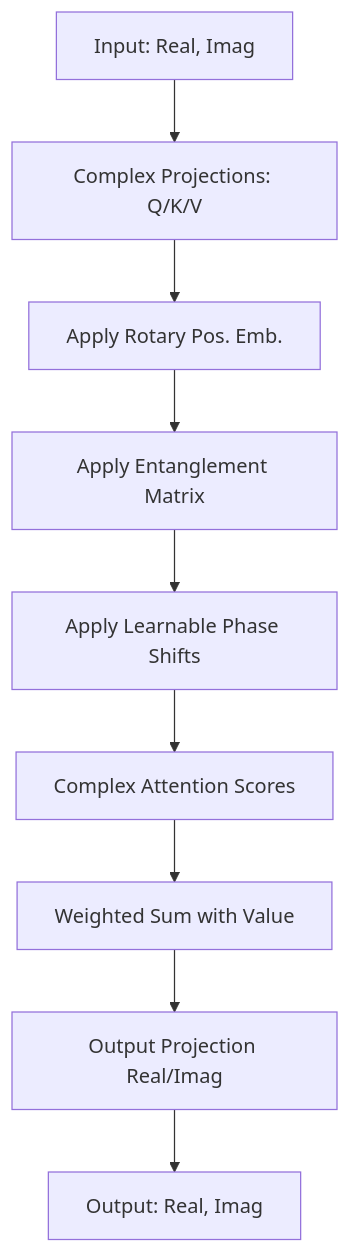
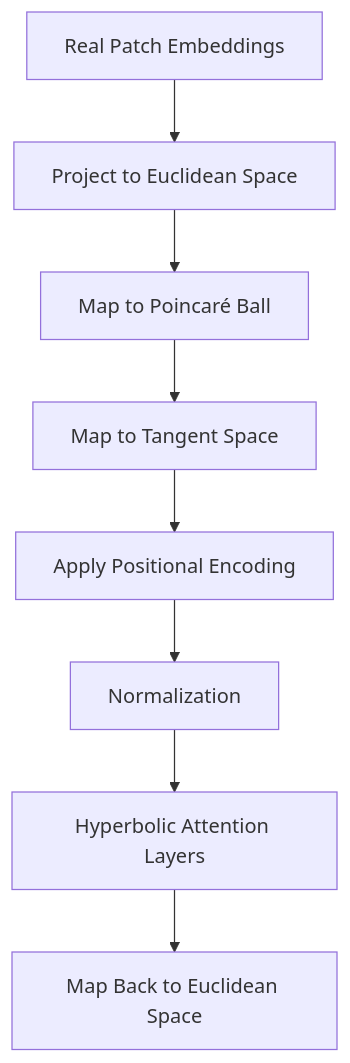
One commit to waefrebeorn/bytropix changed the fourth of 7 diagrams in README.md. Above: the diagram before and after it, drawn with Mermaid. The commit also changed other lines of this file and 9 other files, not shown here.

````diff
--- a/README.md
+++ b/README.md
@@ -72,11 +76,10 @@
 ```mermaid
 graph TD;
-    A[Input: Real, Imag]-->B[Complex Projections: Q/K/V];
-    B-->C[Apply Rotary Pos. Emb.];
-    C-->D[Apply Entanglement Matrix];
-    D-->E[Apply Learnable Phase Shifts];
-    E-->F[Complex Attention Scores];
-    F-->G[Weighted Sum with Value];
-    G-->H[Output Projection Real/Imag];
-    H-->I[Output: Real, Imag];
+    A[Real Patch Embeddings] --> B[Project to Euclidean Space];
+    B --> C[Map to Poincaré Ball];
+    C --> D[Map to Tangent Space];
+    D --> E[Apply Positional Encoding];
+    E --> F[Normalization];
+    F --> G[Hyperbolic Attention Layers];
+    G --> H[Map Back to Euclidean Space];
 ```
````
